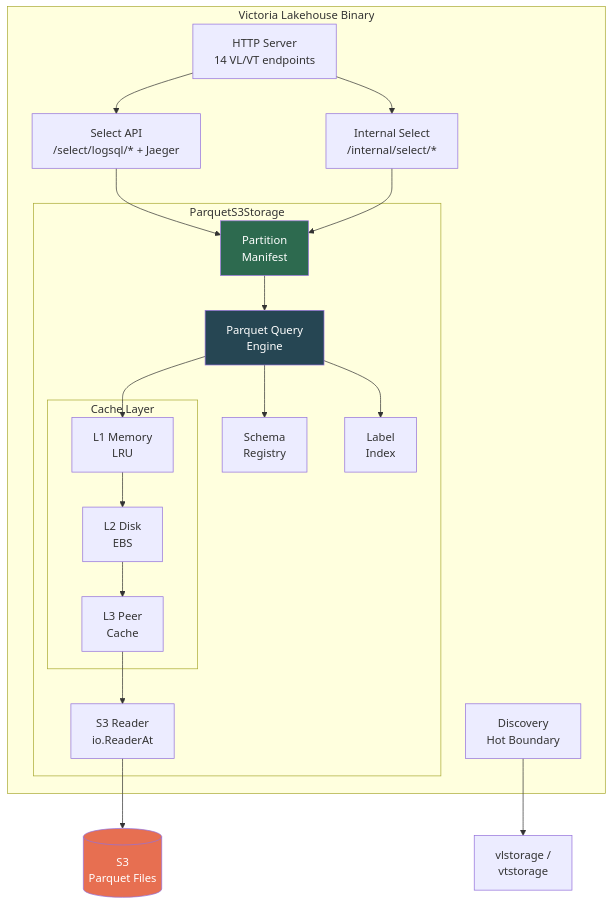
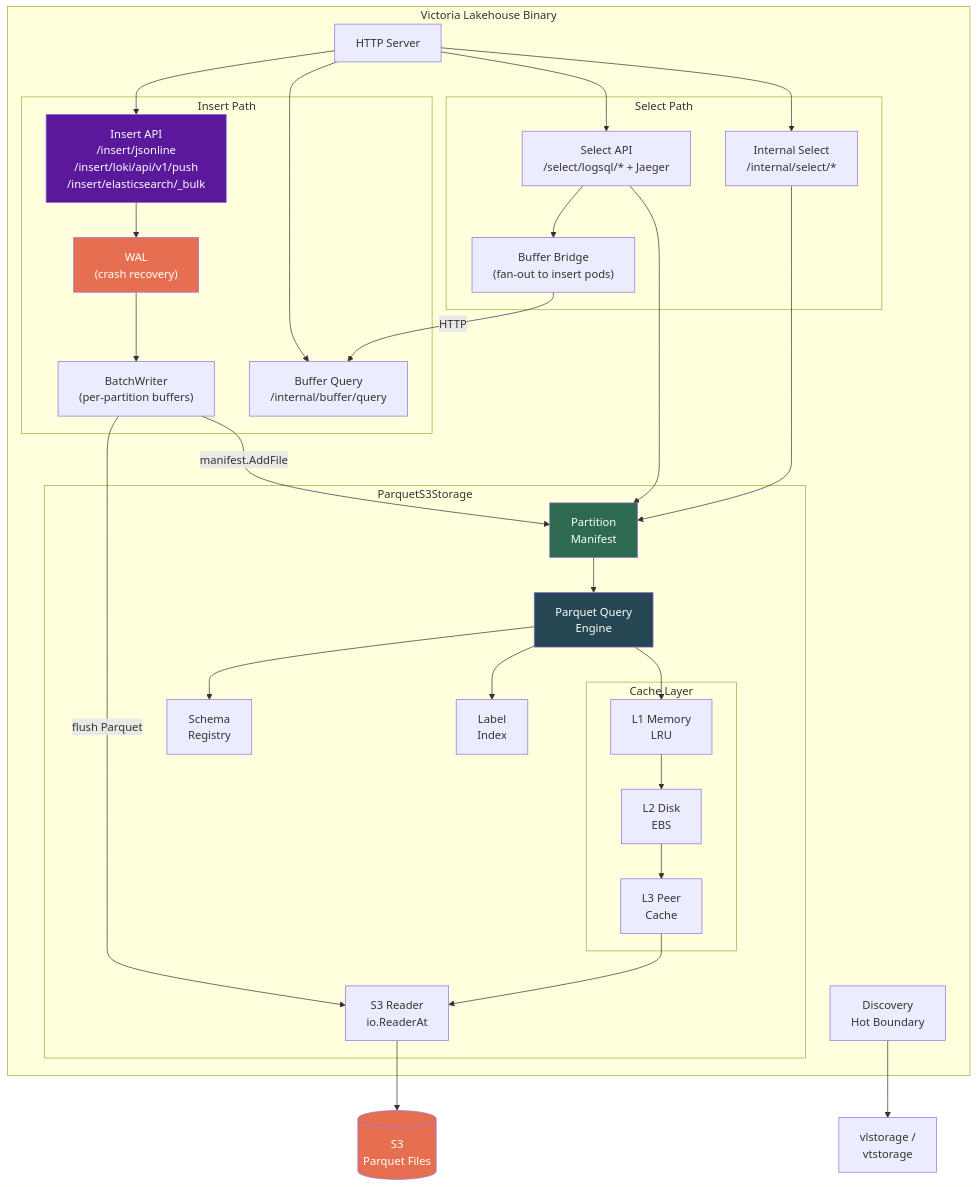
One commit to ReliablyObserve/victoria-lakehouse changed the first of 10 diagrams in docs/architecture.md. Above: the diagram before and after it, drawn with Mermaid. The commit also changed other lines of this file and 56 other files, not shown here.

First line of the commit message:
feat: Phase A write durability + deployment architecture docs (#11)

````diff
--- a/docs/architecture.md
+++ b/docs/architecture.md
@@ -7,44 +7,65 @@
 ```mermaid
 graph TD
     subgraph "Victoria Lakehouse Binary"
-        HTTP["HTTP Server<br/>14 VL/VT endpoints"]
-        API["Select API<br/>/select/logsql/* + Jaeger"]
-        IS["Internal Select<br/>/internal/select/*"]
+        HTTP["HTTP Server"]
+        
+        subgraph "Insert Path"
+            INS["Insert API<br/>/insert/jsonline<br/>/insert/loki/api/v1/push<br/>/insert/elasticsearch/_bulk"]
+            WAL["WAL<br/>(crash recovery)"]
+            BW["BatchWriter<br/>(per-partition buffers)"]
+            BB["Buffer Query<br/>/internal/buffer/query"]
+        end
+        
+        subgraph "Select Path"
+            API["Select API<br/>/select/logsql/* + Jaeger"]
+            IS["Internal Select<br/>/internal/select/*"]
+            BRIDGE["Buffer Bridge<br/>(fan-out to insert pods)"]
+        end
         
         subgraph "ParquetS3Storage"
             MF["Partition<br/>Manifest"]
             QE["Parquet Query<br/>Engine"]
             SR["Schema<br/>Registry"]
             
             subgraph "Cache Layer"
                 L1["L1 Memory<br/>LRU"]
                 L2["L2 Disk<br/>EBS"]
                 PC["L3 Peer<br/>Cache"]
             end
             
             S3R["S3 Reader<br/>io.ReaderAt"]
             LI["Label<br/>Index"]
         end
         
         DISC["Discovery<br/>Hot Boundary"]
     end
     
+    HTTP --> INS
     HTTP --> API
     HTTP --> IS
+    HTTP --> BB
+    INS --> WAL
+    WAL --> BW
+    BW -->|flush Parquet| S3R
+    BW -->|manifest.AddFile| MF
     API --> MF
+    API --> BRIDGE
+    BRIDGE -->|HTTP| BB
     IS --> MF
     MF --> QE
     QE --> SR
     QE --> L1
     L1 --> L2
     L2 --> PC
     PC --> S3R
     QE --> LI
     
     S3R --> S3[("S3<br/>Parquet Files")]
     DISC --> HOT["vlstorage /<br/>vtstorage"]
 
     style MF fill:#2d6a4f,color:#fff
     style QE fill:#264653,color:#fff
     style S3 fill:#e76f51,color:#fff
+    style WAL fill:#e76f51,color:#fff
+    style INS fill:#5a189a,color:#fff
 ```
````
